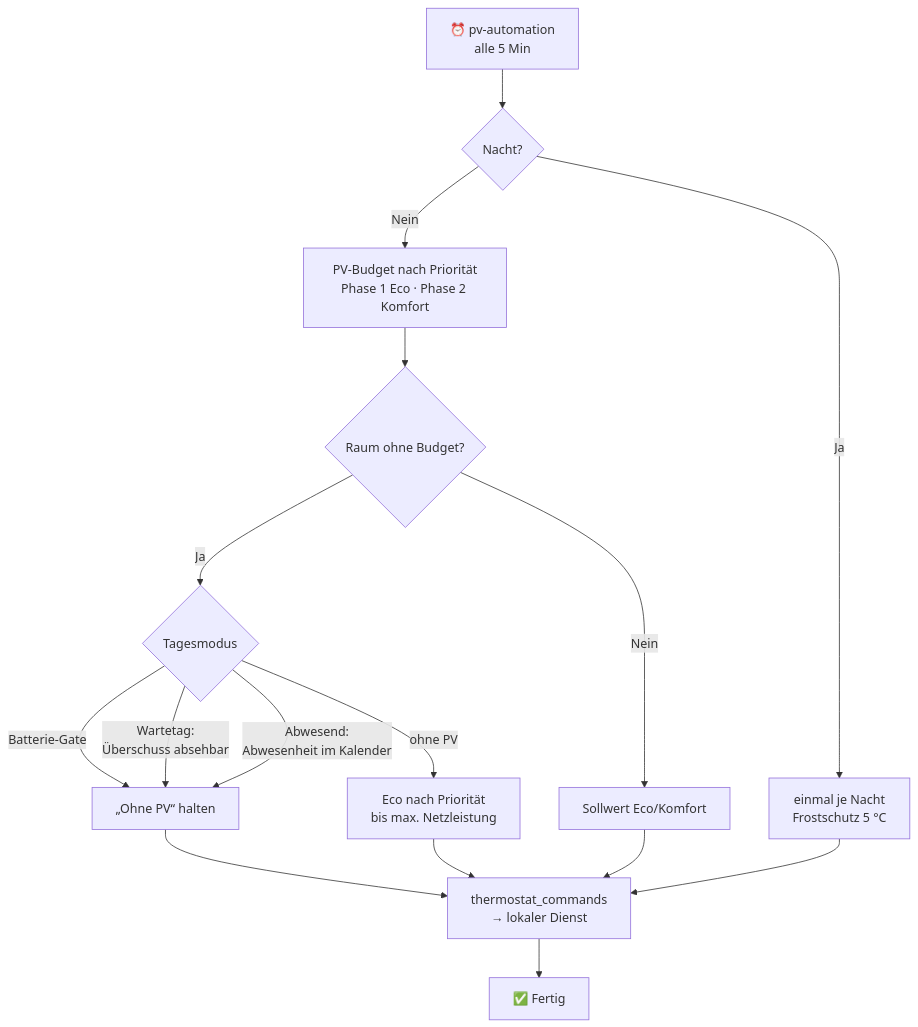
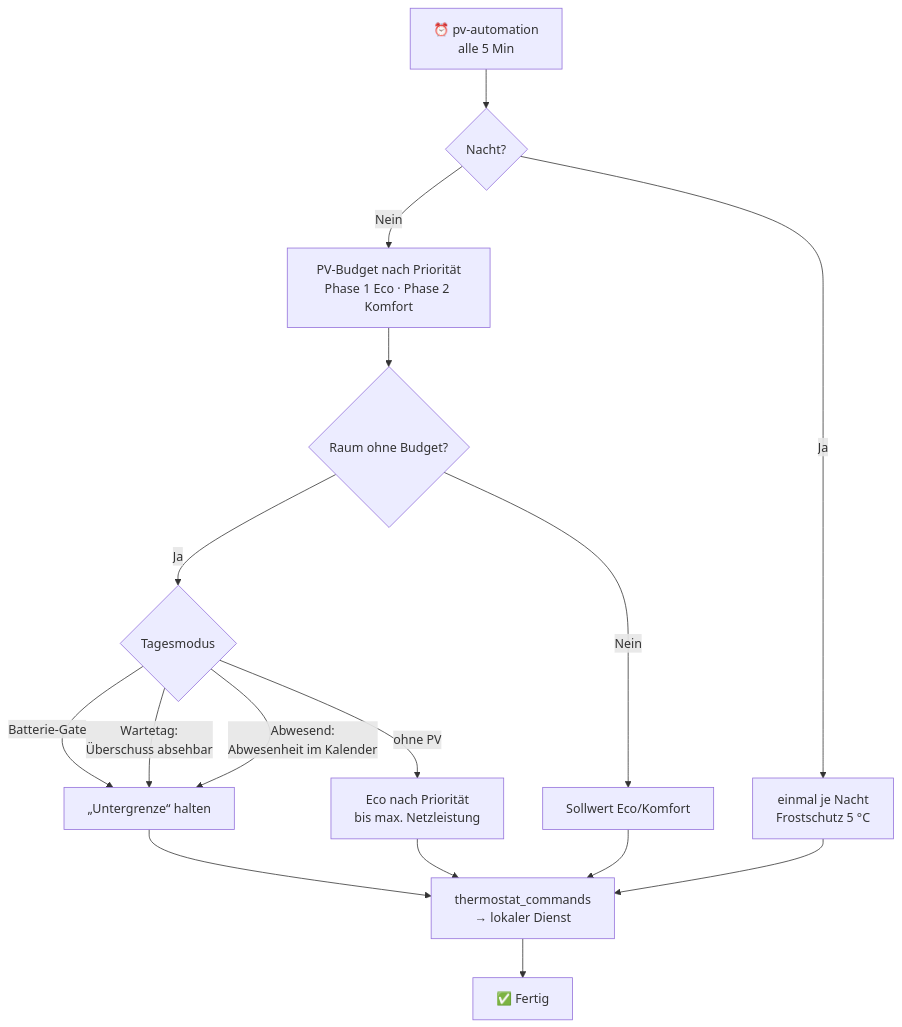
Before and after one commit to UliBer1508/smartfox-insight-ai-selfhosted: the third of 5 diagrams in doc/ARCHITECTURE.md, drawn with Mermaid. The commit also changed 8 other files, not shown here.

First line of the commit message:
Raumfeld „Ohne PV“ umbenannt in „Untergrenze“ (bis Sonne) mit Erklärung

````diff
--- a/doc/ARCHITECTURE.md
+++ b/doc/ARCHITECTURE.md
@@ -69,18 +69,18 @@
 ```mermaid
 flowchart TD
     START[⏰ pv-automation<br/>alle 5 Min] --> NIGHT{Nacht?}
     NIGHT -->|Ja| FROST[einmal je Nacht<br/>Frostschutz 5 °C]
     NIGHT -->|Nein| BUDGET[PV-Budget nach Priorität<br/>Phase 1 Eco · Phase 2 Komfort]
     BUDGET --> REST{Raum ohne Budget?}
     REST -->|Nein| SET[Sollwert Eco/Komfort]
     REST -->|Ja| MODE{Tagesmodus}
-    MODE -->|Batterie-Gate| WAIT[„Ohne PV“ halten]
+    MODE -->|Batterie-Gate| WAIT[„Untergrenze“ halten]
     MODE -->|Wartetag:<br/>Überschuss absehbar| WAIT
     MODE -->|Abwesend:<br/>Abwesenheit im Kalender| WAIT
     MODE -->|ohne PV| GRID[Eco nach Priorität<br/>bis max. Netzleistung]
     WAIT --> CMD[thermostat_commands<br/>→ lokaler Dienst]
     GRID --> CMD
     SET --> CMD
     FROST --> CMD
     CMD --> END[✅ Fertig]
 ```
````
